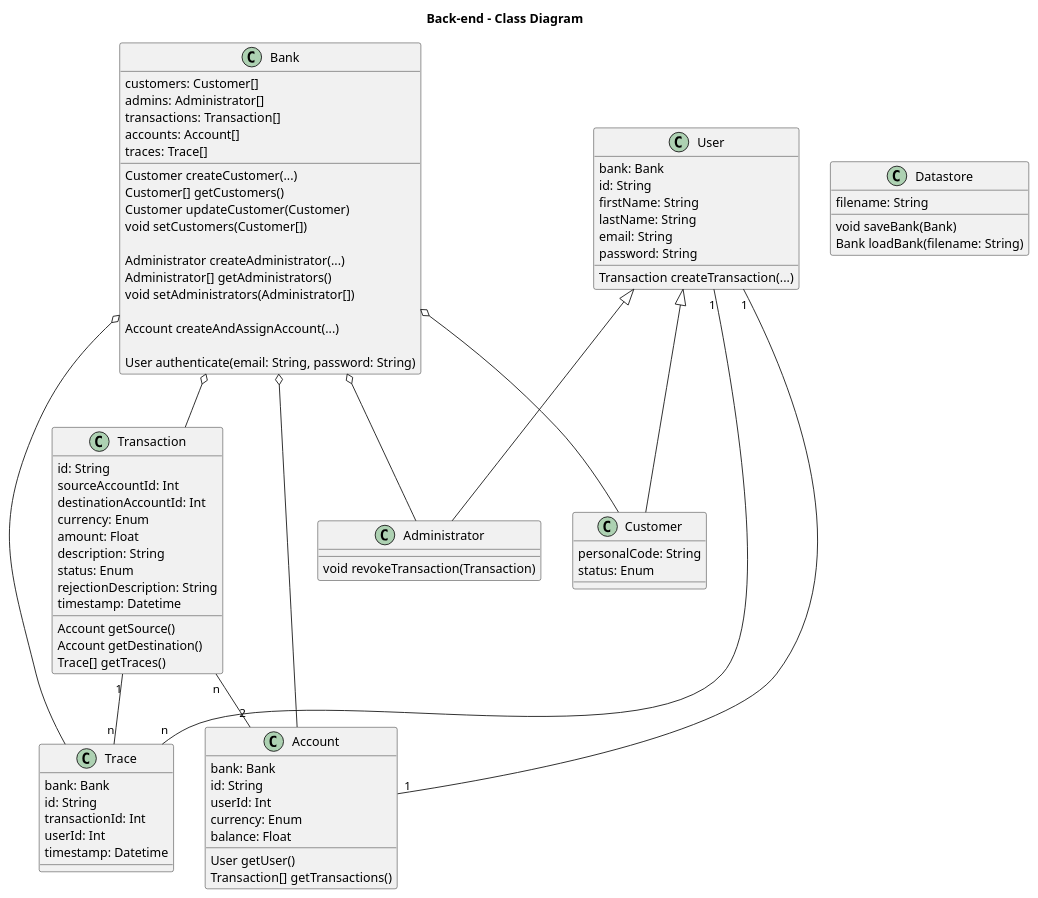
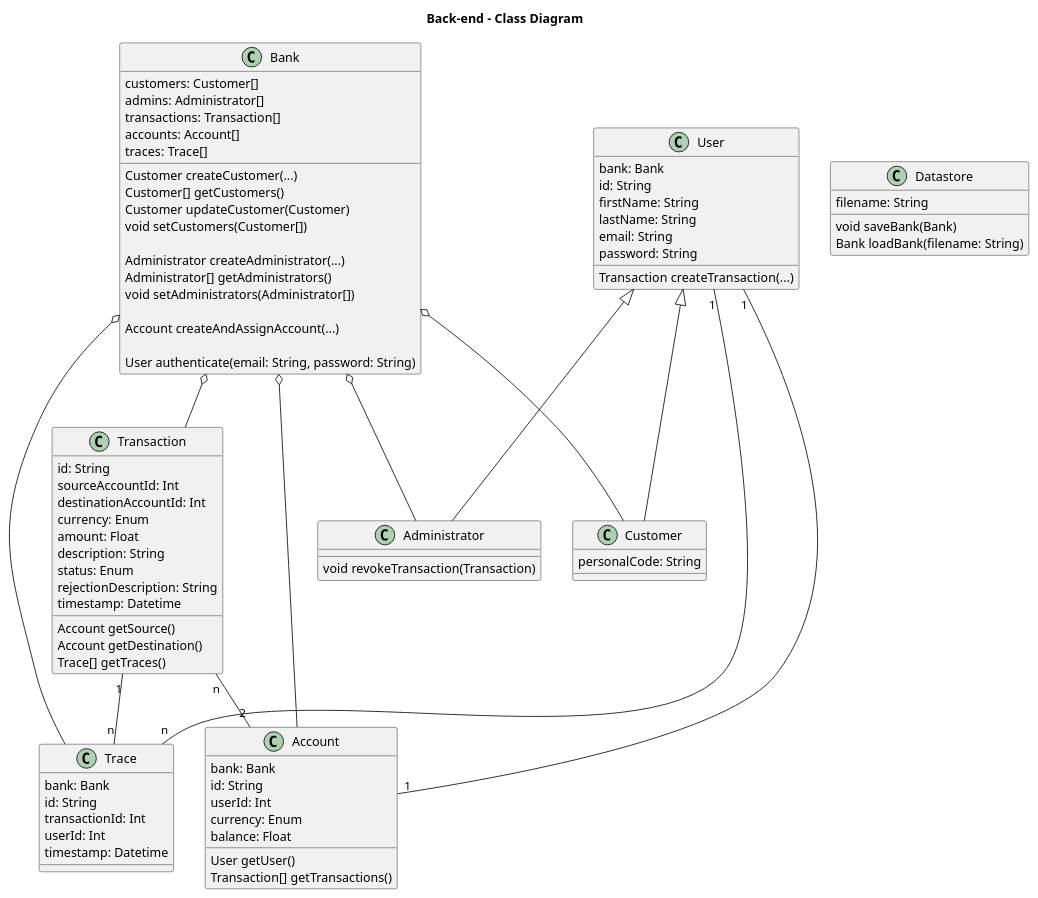
The diagram in docs/classes/backend-classes.plantuml (Sysmod-2021/bankappbackend), drawn with PlantUML before and after one commit. The commit also changed 1 other file, not shown here.

Commit message:
Class diagram updated

```diff
--- a/docs/classes/backend-classes.plantuml
+++ b/docs/classes/backend-classes.plantuml
@@ -1,100 +1,99 @@
 @startuml
 
 title Back-end - Class Diagram
 
 class Bank {
     customers: Customer[]
     admins: Administrator[]
     transactions: Transaction[]
     accounts: Account[]
     traces: Trace[]
     
     Customer createCustomer(...)
     Customer[] getCustomers()
     Customer updateCustomer(Customer)
     void setCustomers(Customer[])
     
     Administrator createAdministrator(...)
     Administrator[] getAdministrators()
     void setAdministrators(Administrator[])
     
     Account createAndAssignAccount(...)
     
     User authenticate(email: String, password: String)
 }
 
 class User {
     bank: Bank
     id: String
     firstName: String
     lastName: String
     email: String
     password: String
     
     Transaction createTransaction(...)
 }
 
 class Customer {
     personalCode: String
-    status: Enum
 }
 
 class Administrator {
     void revokeTransaction(Transaction)
 }
 
 class Account {
     bank: Bank
     id: String
     userId: Int
     currency: Enum
     balance: Float
 
     User getUser()
     Transaction[] getTransactions()
 }
 
 class Transaction {
     id: String
     sourceAccountId: Int
     destinationAccountId: Int
     currency: Enum
     amount: Float
     description: String
     status: Enum
     rejectionDescription: String
     timestamp: Datetime
 
     Account getSource()
     Account getDestination()
     Trace[] getTraces()
 }
 
 class Trace {
     bank: Bank
     id: String
     transactionId: Int
     userId: Int
     timestamp: Datetime
 }
 
 class Datastore {
     filename: String
 
     void saveBank(Bank)
     Bank loadBank(filename: String)
 }
 
 Bank o-- Customer
 Bank o-- Administrator
 Bank o-- Transaction
 Bank o-- Account
 Bank o-- Trace
 User <|-- Customer
 User <|-- Administrator
 User "1" -- "1" Account
 Transaction "n" -- "2" Account
 Transaction "1" -- "n" Trace
 User "1" -- "n" Trace
 
 @enduml
```
